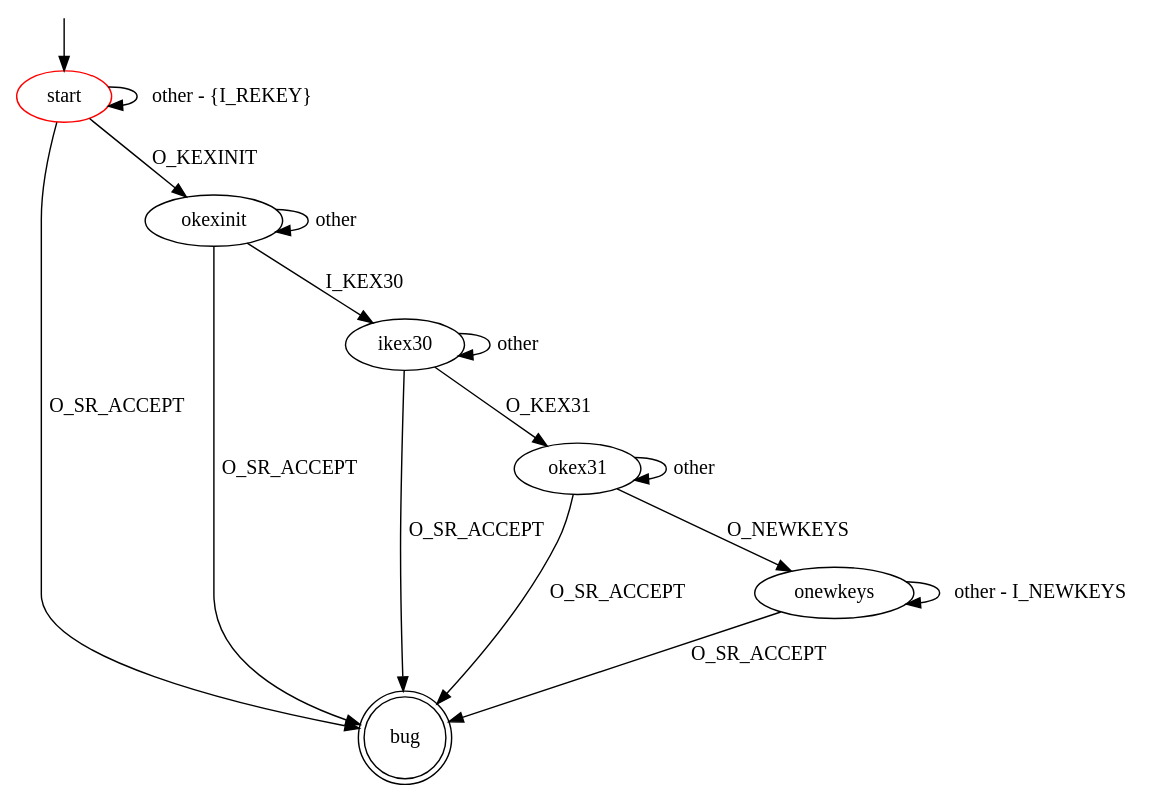
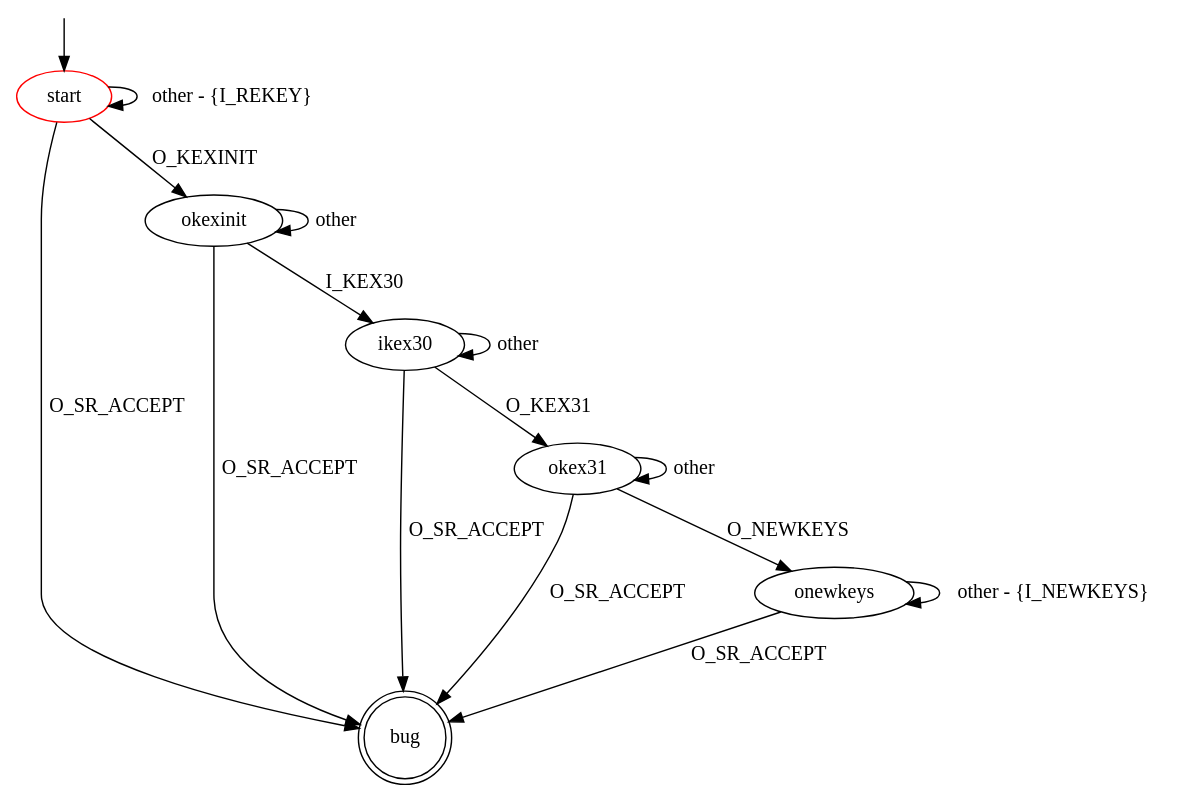
The diagram in src/main/resources/patterns/ssh/server/early_service_accept.dot (assist-project/state-machine-bug-finder), drawn with Graphviz before and after one commit. The commit also changed 35 other files, not shown here.

```diff
--- a/src/main/resources/patterns/ssh/server/early_service_accept.dot
+++ b/src/main/resources/patterns/ssh/server/early_service_accept.dot
@@ -1,27 +1,27 @@
 digraph G {
 label=""
 start [color="red"]
 bug [shape="doublecircle"]
 
 start -> okexinit [label="O_KEXINIT"]
 start -> start [label="other - {I_REKEY}"]
 start -> bug [label="O_SR_ACCEPT"]
 
 okexinit -> ikex30 [label="I_KEX30"]
 okexinit -> okexinit [label="other"]
 okexinit -> bug [label="O_SR_ACCEPT"]
 
 ikex30 -> okex31 [label="O_KEX31"]
 ikex30 -> ikex30 [label="other"]
 ikex30 -> bug [label="O_SR_ACCEPT"]
 
 okex31 -> onewkeys [label="O_NEWKEYS"]
 okex31 -> okex31 [label="other"]
 okex31 -> bug [label="O_SR_ACCEPT"]
 
-onewkeys -> onewkeys [label="other - I_NEWKEYS"]
+onewkeys -> onewkeys [label="other - {I_NEWKEYS}"]
 onewkeys -> bug [label="O_SR_ACCEPT"]
 
 __start0 [label="" shape="none" width="0" height="0"];
 __start0 -> start;
 }
```
